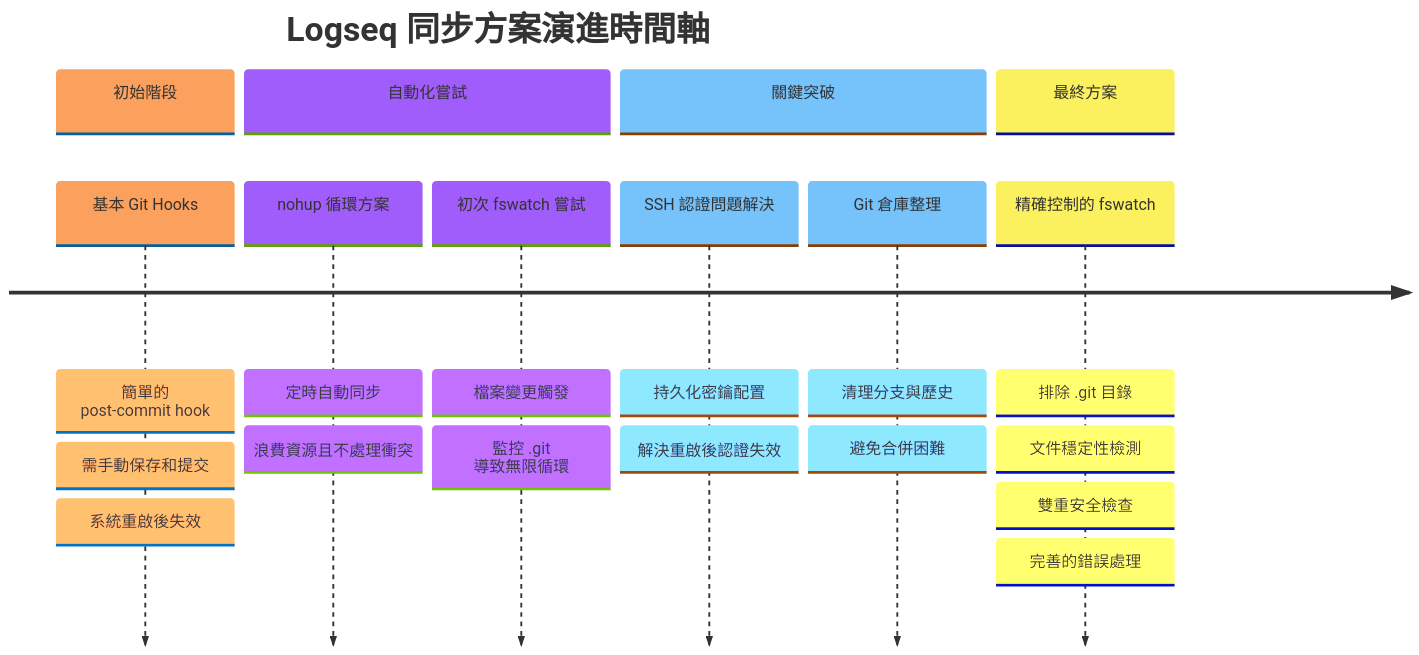
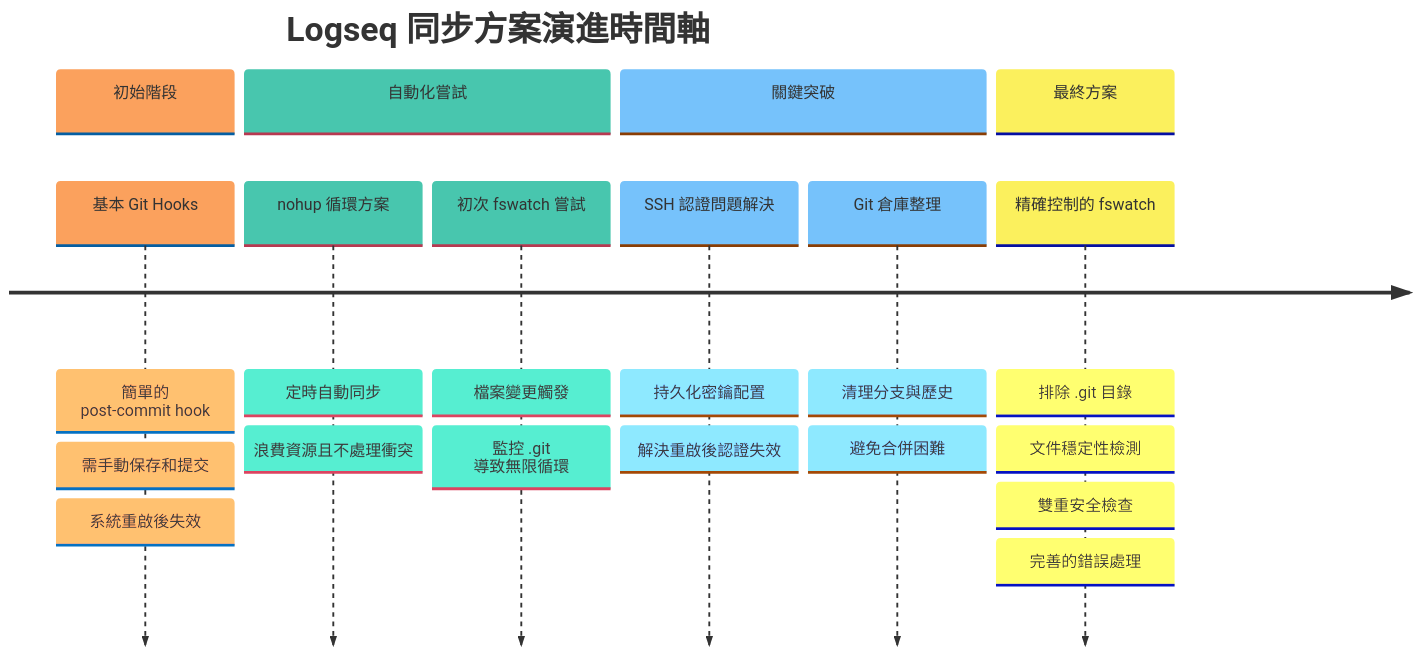
Before and after one commit to GengGeng026/Sync-Logseq: the first of 2 diagrams in Logseq同步方案演進記錄.md, drawn with Mermaid.

Commit message:
Auto saved by Logseq

````diff
--- a/Logseq同步方案演進記錄.md
+++ b/Logseq同步方案演進記錄.md
@@ -24,36 +24,37 @@
 ```mermaid
 %%{init: {
   'theme': 'base', 
   'themeVariables': {
     'primaryColor': '#FEE9D9',
+    'secondaryColor': '#A9E4D9',
     'primaryBorderColor': '#A9D9D9',
     'background': 'transparent',
     'clusterBkg': 'transparent',
     'titleColor': '#FEE9D9',
     'fontFamily': 'default',
     'fontSize': '17px',
     'fontWeight': 'normal'
   }
 }}%%
 timeline
     title Logseq 同步方案演進時間軸
     section 初始階段
         基本 Git Hooks : 簡單的 post-commit hook
         : 需手動保存和提交
         : 系統重啟後失效
     section 自動化嘗試
         nohup 循環方案 : 定時自動同步
         : 浪費資源且不處理衝突
         初次 fswatch 嘗試 : 檔案變更觸發
         : 監控 .git 導致無限循環
     section 關鍵突破
         SSH 認證問題解決 : 持久化密鑰配置
         : 解決重啟後認證失效
         Git 倉庫整理 : 清理分支與歷史
         : 避免合併困難
     section 最終方案
         精確控制的 fswatch : 排除 .git 目錄
         : 文件穩定性檢測
         : 雙重安全檢查
         : 完善的錯誤處理
 ```
````
